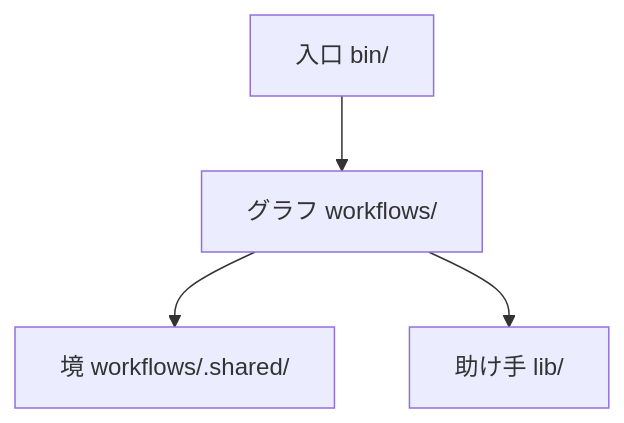
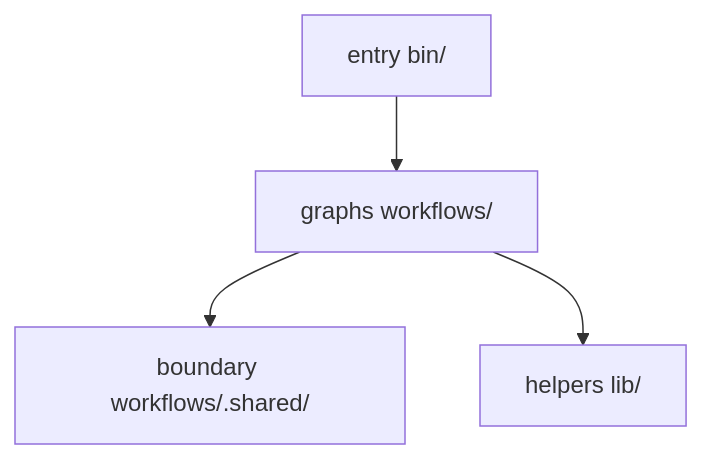
One commit to raiki61/works-factory changed the diagram in README.md. Above: the diagram before and after it, drawn with Mermaid. The commit also changed other lines of this file and 6 other files, not shown here.

````diff
--- a/README.md
+++ b/README.md
@@ -99,6 +105,6 @@
 ```mermaid
 flowchart TB
-  entry["入口 bin/"] --> wf["グラフ workflows/"]
-  wf --> shared["境 workflows/.shared/"]
-  wf --> lib["助け手 lib/"]
+  entry["entry bin/"] --> wf["graphs workflows/"]
+  wf --> shared["boundary workflows/.shared/"]
+  wf --> lib["helpers lib/"]
 ```
````
